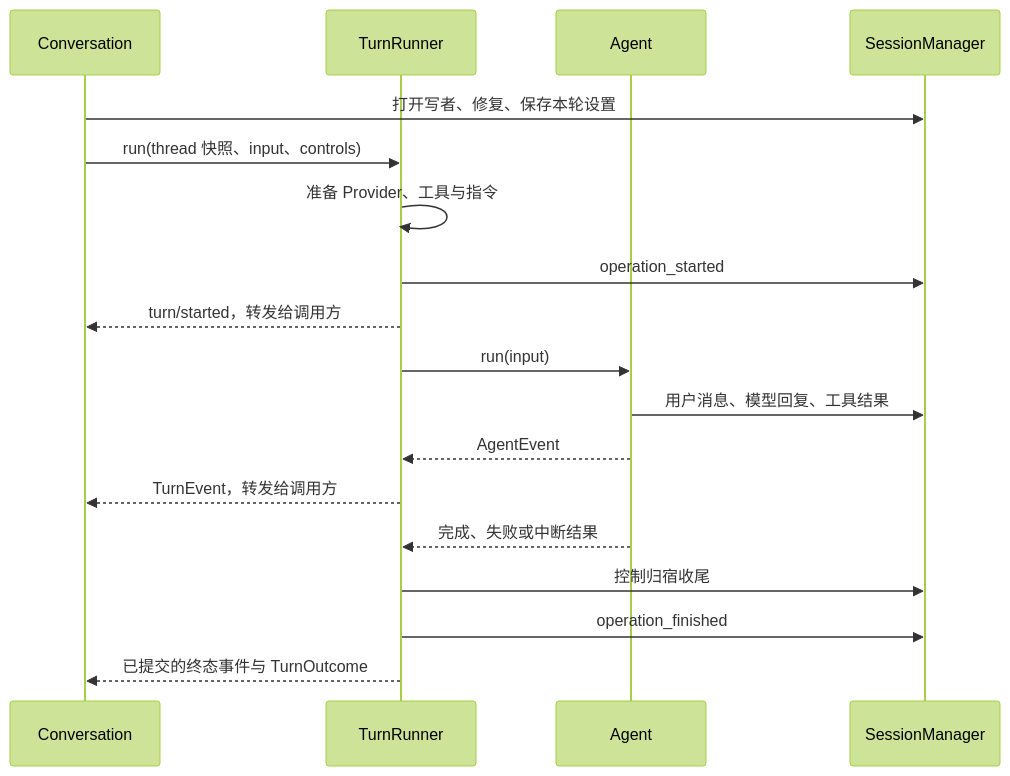
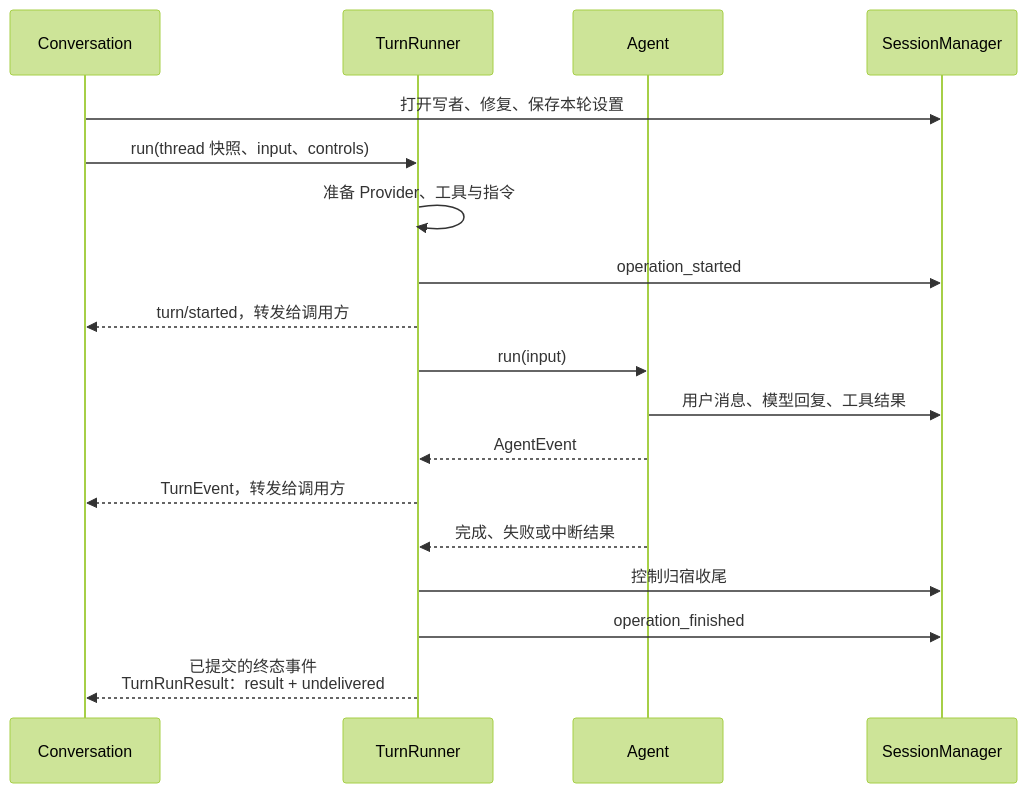
One commit to qjcnmd/singularity-agent changed diagram 13 of 29 in docs/singularity.md. Above: the diagram before and after it, drawn with Mermaid (forest theme). The commit also changed other lines of this file and 71 other files, not shown here.

````diff
--- a/docs/singularity.md
+++ b/docs/singularity.md
@@ -338,20 +343,20 @@
 ```mermaid
 sequenceDiagram
     participant Conv as Conversation
     participant Runner as TurnRunner
     participant Agent as Agent
     participant Log as SessionManager
     Conv->>Log: 打开写者、修复、保存本轮设置
     Conv->>Runner: run(thread 快照、input、controls)
     Runner->>Runner: 准备 Provider、工具与指令
     Runner->>Log: operation_started
     Runner-->>Conv: turn/started，转发给调用方
     Runner->>Agent: run(input)
     Agent->>Log: 用户消息、模型回复、工具结果
     Agent-->>Runner: AgentEvent
     Runner-->>Conv: TurnEvent，转发给调用方
     Agent-->>Runner: 完成、失败或中断结果
     Runner->>Log: 控制归宿收尾
     Runner->>Log: operation_finished
-    Runner-->>Conv: 已提交的终态事件与 TurnOutcome
+    Runner-->>Conv: 已提交的终态事件<br/>TurnRunResult：result + undelivered
 ```
````
